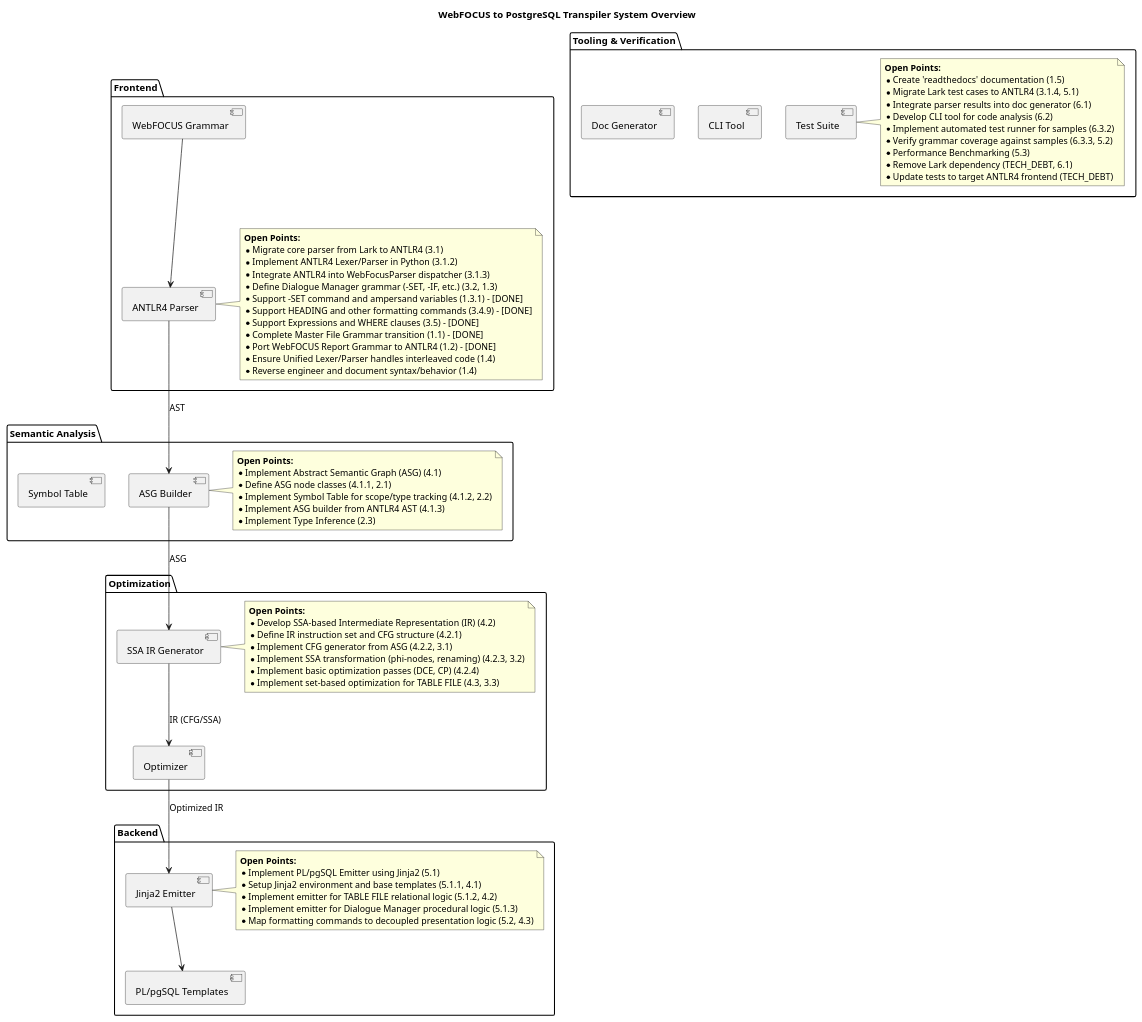
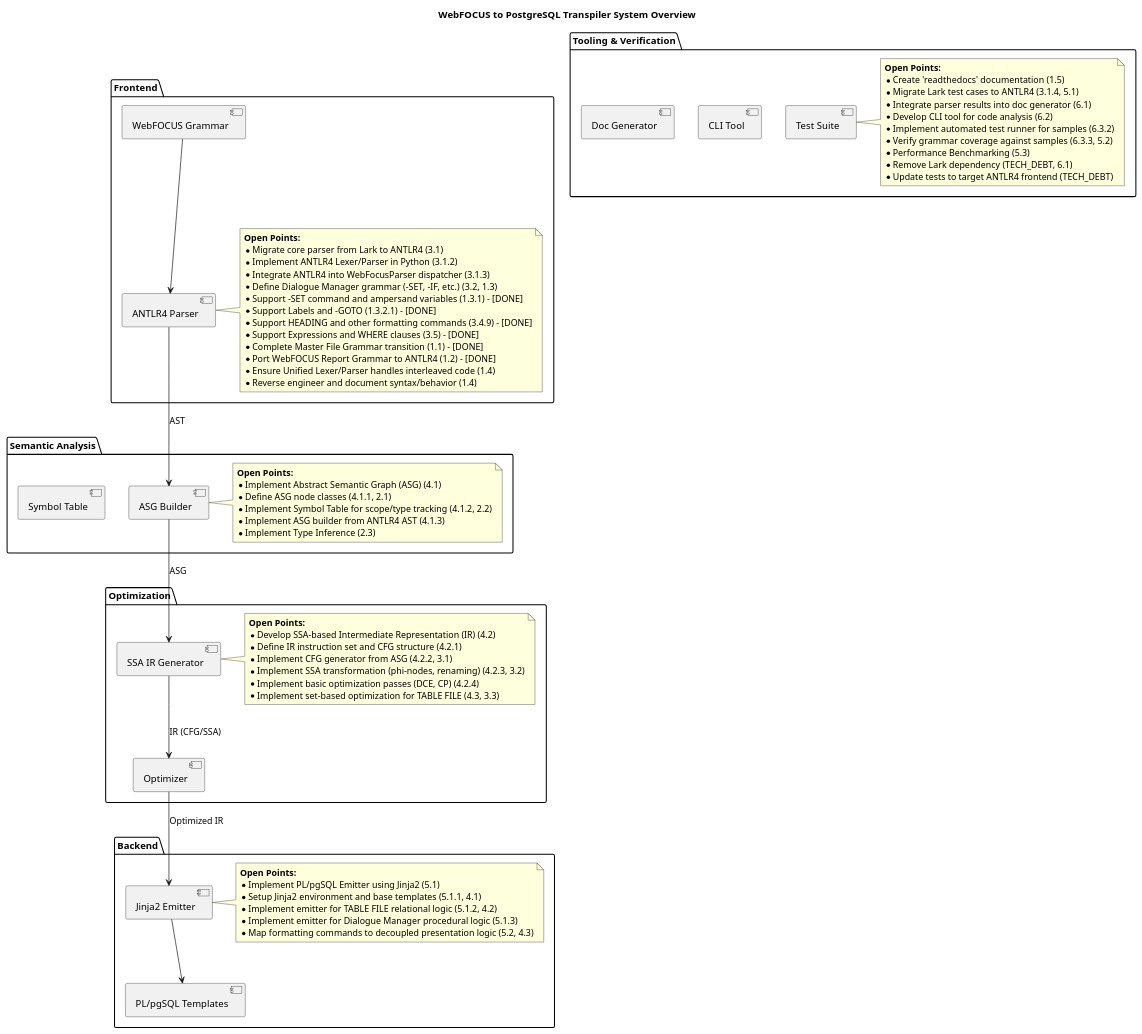
The diagram in SYSTEM_OVERVIEW.plantuml (chatelao/web-focus-benf), drawn with PlantUML before and after one commit. The commit also changed 12 other files, not shown here.

First line of the commit message:
Implement Dialogue Manager Labels and -GOTO in ANTLR4 grammar

```diff
--- a/SYSTEM_OVERVIEW.plantuml
+++ b/SYSTEM_OVERVIEW.plantuml
@@ -1,90 +1,91 @@
 @startuml
 skinparam componentStyle uml2
 
 title WebFOCUS to PostgreSQL Transpiler System Overview
 
 package "Frontend" {
     [ANTLR4 Parser] as Parser
     [WebFOCUS Grammar] as Grammar
     note right of Parser
         **Open Points:**
         * Migrate core parser from Lark to ANTLR4 (3.1)
         * Implement ANTLR4 Lexer/Parser in Python (3.1.2)
         * Integrate ANTLR4 into WebFocusParser dispatcher (3.1.3)
         * Define Dialogue Manager grammar (-SET, -IF, etc.) (3.2, 1.3)
         * Support -SET command and ampersand variables (1.3.1) - [DONE]
+        * Support Labels and -GOTO (1.3.2.1) - [DONE]
         * Support HEADING and other formatting commands (3.4.9) - [DONE]
         * Support Expressions and WHERE clauses (3.5) - [DONE]
         * Complete Master File Grammar transition (1.1) - [DONE]
         * Port WebFOCUS Report Grammar to ANTLR4 (1.2) - [DONE]
         * Ensure Unified Lexer/Parser handles interleaved code (1.4)
         * Reverse engineer and document syntax/behavior (1.4)
     end note
 }
 
 package "Semantic Analysis" {
     [ASG Builder] as ASGBuilder
     [Symbol Table] as SymbolTable
     note right of ASGBuilder
         **Open Points:**
         * Implement Abstract Semantic Graph (ASG) (4.1)
         * Define ASG node classes (4.1.1, 2.1)
         * Implement Symbol Table for scope/type tracking (4.1.2, 2.2)
         * Implement ASG builder from ANTLR4 AST (4.1.3)
         * Implement Type Inference (2.3)
     end note
 }
 
 package "Optimization" {
     [SSA IR Generator] as IRGen
     [Optimizer] as Optimizer
     note right of IRGen
         **Open Points:**
         * Develop SSA-based Intermediate Representation (IR) (4.2)
         * Define IR instruction set and CFG structure (4.2.1)
         * Implement CFG generator from ASG (4.2.2, 3.1)
         * Implement SSA transformation (phi-nodes, renaming) (4.2.3, 3.2)
         * Implement basic optimization passes (DCE, CP) (4.2.4)
         * Implement set-based optimization for TABLE FILE (4.3, 3.3)
     end note
 }
 
 package "Backend" {
     [Jinja2 Emitter] as Emitter
     [PL/pgSQL Templates] as Templates
     note right of Emitter
         **Open Points:**
         * Implement PL/pgSQL Emitter using Jinja2 (5.1)
         * Setup Jinja2 environment and base templates (5.1.1, 4.1)
         * Implement emitter for TABLE FILE relational logic (5.1.2, 4.2)
         * Implement emitter for Dialogue Manager procedural logic (5.1.3)
         * Map formatting commands to decoupled presentation logic (5.2, 4.3)
     end note
 }
 
 package "Tooling & Verification" {
     [CLI Tool] as CLI
     [Test Suite] as Tests
     [Doc Generator] as DocGen
     note right of Tests
         **Open Points:**
         * Create 'readthedocs' documentation (1.5)
         * Migrate Lark test cases to ANTLR4 (3.1.4, 5.1)
         * Integrate parser results into doc generator (6.1)
         * Develop CLI tool for code analysis (6.2)
         * Implement automated test runner for samples (6.3.2)
         * Verify grammar coverage against samples (6.3.3, 5.2)
         * Performance Benchmarking (5.3)
         * Remove Lark dependency (TECH_DEBT, 6.1)
         * Update tests to target ANTLR4 frontend (TECH_DEBT)
     end note
 }
 
 Grammar --> Parser
 Parser --> ASGBuilder : AST
 ASGBuilder --> IRGen : ASG
 IRGen --> Optimizer : IR (CFG/SSA)
 Optimizer --> Emitter : Optimized IR
 Emitter --> Templates
 
 @enduml
```
